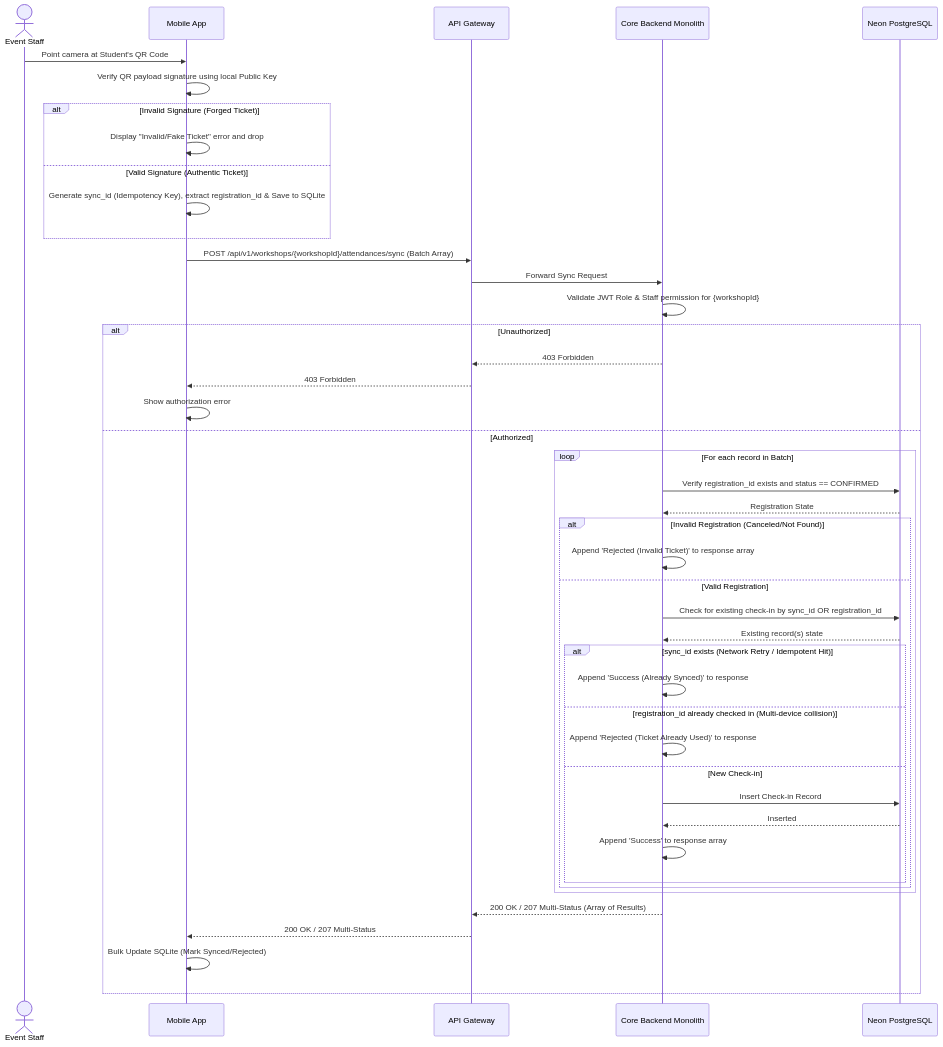
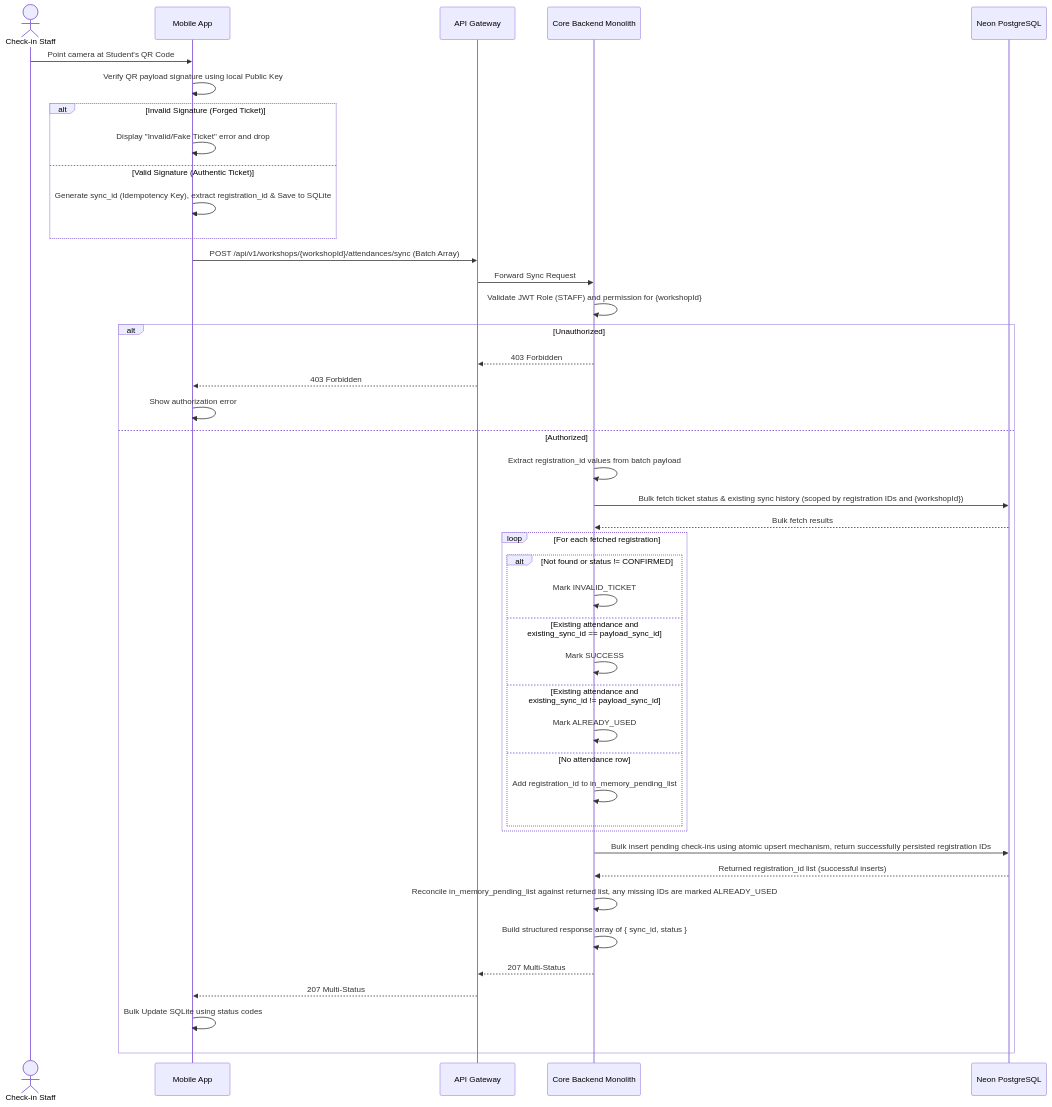
One commit to phatnguyen975/unihub-workshop changed the fourth of 10 diagrams in blueprint/design.md. Above: the diagram before and after it, drawn with Mermaid. The commit also changed other lines of this file, not shown here.

Commit message:
docs: format search and offline flows

````diff
--- a/blueprint/design.md
+++ b/blueprint/design.md
@@ -491,47 +496,46 @@
 ```mermaid
 sequenceDiagram
-  actor Staff as Event Staff
+  actor Staff as Check-in Staff
   participant Mobile as Mobile App
   participant GW as API Gateway
   participant API as Core Backend Monolith
   participant DB as Neon PostgreSQL
 
   Staff->>Mobile: Point camera at Student's QR Code
   Mobile->>Mobile: Verify QR payload signature using local Public Key
   alt Invalid Signature (Forged Ticket)
     Mobile->>Mobile: Display "Invalid/Fake Ticket" error and drop
   else Valid Signature (Authentic Ticket)
     Mobile->>Mobile: Generate sync_id (Idempotency Key), extract registration_id & Save to SQLite
   end
   Mobile->>GW: POST /api/v1/workshops/{workshopId}/attendances/sync (Batch Array)
   GW->>API: Forward Sync Request
-  API->>API: Validate JWT Role & Staff permission for {workshopId}
+  API->>API: Validate JWT Role (STAFF) and permission for {workshopId}
   alt Unauthorized
     API-->>GW: 403 Forbidden
     GW-->>Mobile: 403 Forbidden
     Mobile->>Mobile: Show authorization error
   else Authorized
-    loop For each record in Batch
-      API->>DB: Verify registration_id exists and status == CONFIRMED
-      DB-->>API: Registration State
-      alt Invalid Registration (Canceled/Not Found)
-        API->>API: Append 'Rejected (Invalid Ticket)' to response array
-      else Valid Registration
-        API->>DB: Check for existing check-in by sync_id OR registration_id
-        DB-->>API: Existing record(s) state
-        alt sync_id exists (Network Retry / Idempotent Hit)
-          API->>API: Append 'Success (Already Synced)' to response
-        else registration_id already checked in (Multi-device collision)
-          API->>API: Append 'Rejected (Ticket Already Used)' to response
-        else New Check-in
-          API->>DB: Insert Check-in Record
-          DB-->>API: Inserted
-          API->>API: Append 'Success' to response array
-        end
+    API->>API: Extract registration_id values from batch payload
+    API->>DB: Bulk fetch ticket status & existing sync history (scoped by registration IDs and {workshopId})
+    DB-->>API: Bulk fetch results
+    loop For each fetched registration
+      alt Not found or status != CONFIRMED
+        API->>API: Mark INVALID_TICKET
+      else Existing attendance and existing_sync_id == payload_sync_id
+        API->>API: Mark SUCCESS
+      else Existing attendance and existing_sync_id != payload_sync_id
+        API->>API: Mark ALREADY_USED
+      else No attendance row
+        API->>API: Add registration_id to in_memory_pending_list
       end
     end
-    API-->>GW: 200 OK / 207 Multi-Status (Array of Results)
-    GW-->>Mobile: 200 OK / 207 Multi-Status
-    Mobile->>Mobile: Bulk Update SQLite (Mark Synced/Rejected)
+    API->>DB: Bulk insert pending check-ins using atomic upsert mechanism, return successfully persisted registration IDs
+    DB-->>API: Returned registration_id list (successful inserts)
+    API->>API: Reconcile in_memory_pending_list against returned list, any missing IDs are marked ALREADY_USED
+    API->>API: Build structured response array of { sync_id, status }
+    API-->>GW: 207 Multi-Status
+    GW-->>Mobile: 207 Multi-Status
+    Mobile->>Mobile: Bulk Update SQLite using status codes
   end
 ```
````
